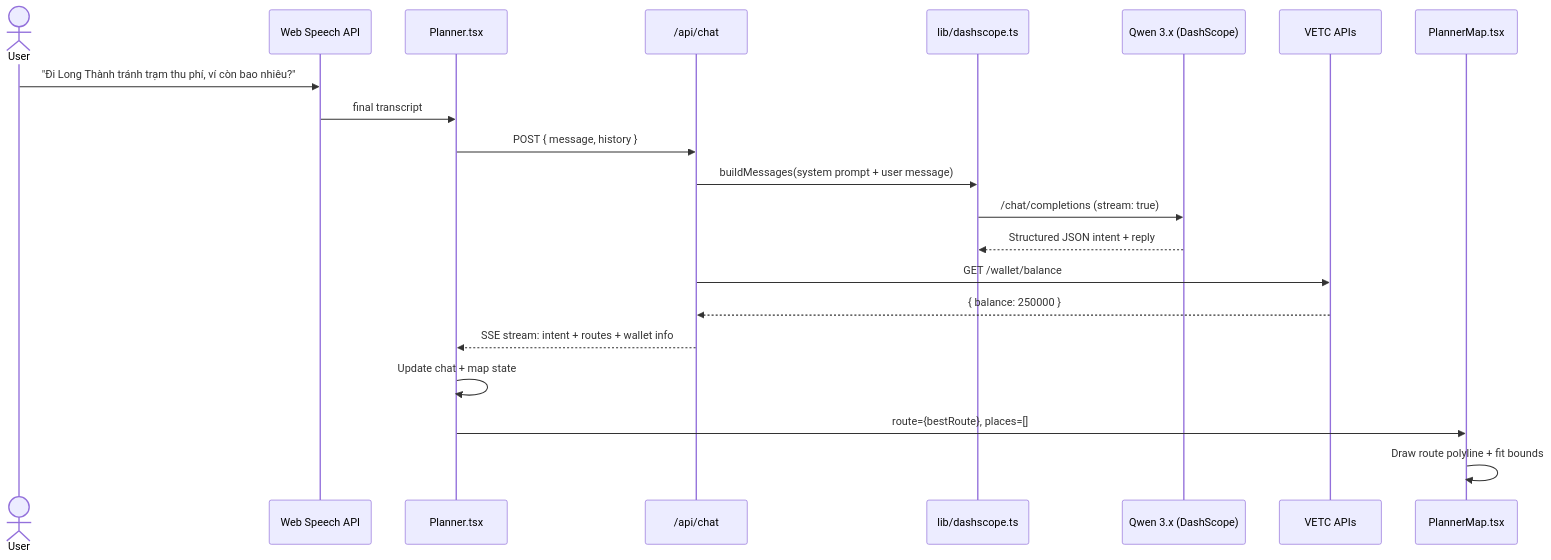
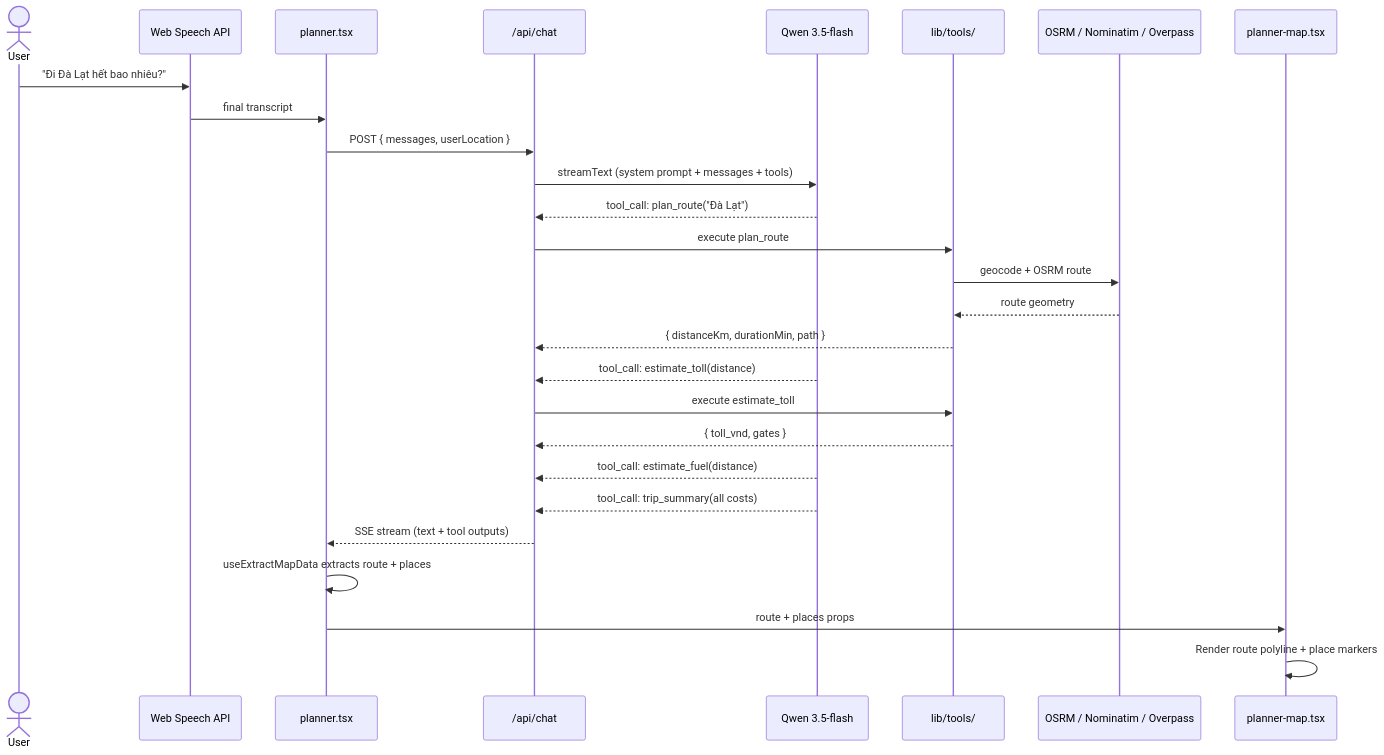
One commit to justanhnt/v-buddy changed the second of 3 diagrams in docs/architecture.md. Above: the diagram before and after it, drawn with Mermaid. The commit also changed other lines of this file and 3 other files, not shown here.

Commit message:
feat: integrate Qwen AI chat with tool calling and vision analysis, and update project architecture documentation

````diff
--- a/docs/architecture.md
+++ b/docs/architecture.md
@@ -174,27 +61,34 @@
 ```mermaid
 sequenceDiagram
     actor User
     participant STT as Web Speech API
-    participant P as Planner.tsx
+    participant P as planner.tsx
     participant API as /api/chat
-    participant DS as lib/dashscope.ts
-    participant Qwen as Qwen 3.x (DashScope)
-    participant VETC as VETC APIs
-    participant Map as PlannerMap.tsx
+    participant Qwen as Qwen 3.5-flash
+    participant Tools as lib/tools/
+    participant Ext as OSRM / Nominatim / Overpass
+    participant Map as planner-map.tsx
 
-    User->>STT: "Đi Long Thành tránh trạm thu phí, ví còn bao nhiêu?"
+    User->>STT: "Đi Đà Lạt hết bao nhiêu?"
     STT->>P: final transcript
-    P->>API: POST { message, history }
+    P->>API: POST { messages, userLocation }
 
-    API->>DS: buildMessages(system prompt + user message)
-    DS->>Qwen: /chat/completions (stream: true)
-    Qwen-->>DS: Structured JSON intent + reply
+    API->>Qwen: streamText (system prompt + messages + tools)
+    Qwen-->>API: tool_call: plan_route("Đà Lạt")
+    API->>Tools: execute plan_route
+    Tools->>Ext: geocode + OSRM route
+    Ext-->>Tools: route geometry
+    Tools-->>API: { distanceKm, durationMin, path }
 
-    API->>VETC: GET /wallet/balance
-    VETC-->>API: { balance: 250000 }
+    Qwen-->>API: tool_call: estimate_toll(distance)
+    API->>Tools: execute estimate_toll
+    Tools-->>API: { toll_vnd, gates }
 
-    API-->>P: SSE stream: intent + routes + wallet info
-    P->>P: Update chat + map state
-    P->>Map: route={bestRoute}, places=[]
-    Map->>Map: Draw route polyline + fit bounds
+    Qwen-->>API: tool_call: estimate_fuel(distance)
+    Qwen-->>API: tool_call: trip_summary(all costs)
+
+    API-->>P: SSE stream (text + tool outputs)
+    P->>P: useExtractMapData extracts route + places
+    P->>Map: route + places props
+    Map->>Map: Render route polyline + place markers
 ```
````
